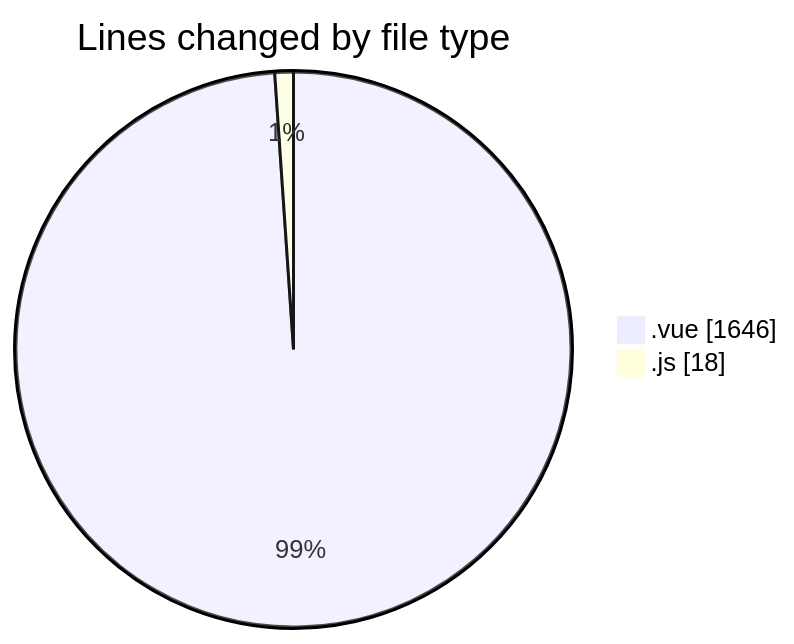
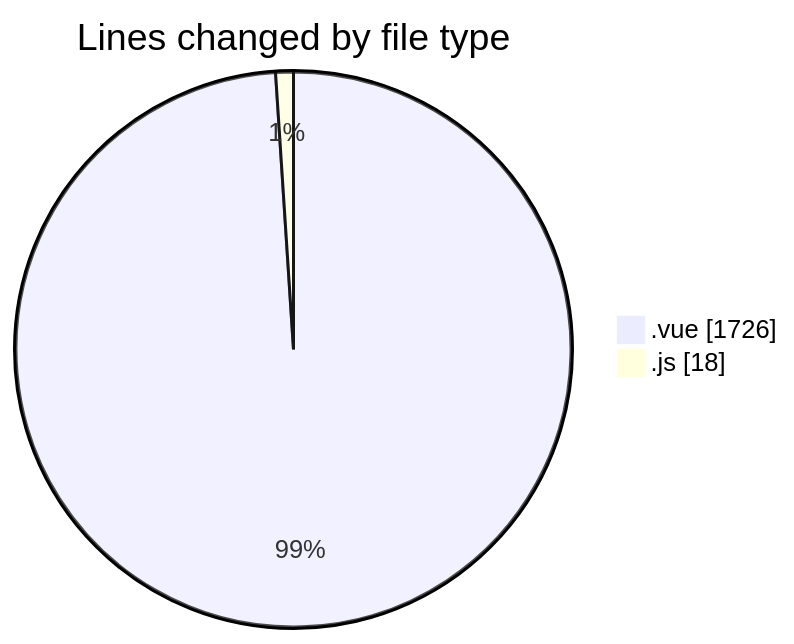
Before and after one commit to lephambinh05/code-tracking: the first of 2 diagrams in 2025-08-13/rentotp/README.md, drawn with Mermaid. The commit also changed other lines of this file and 1 other file, not shown here.

````diff
--- a/2025-08-13/rentotp/README.md
+++ b/2025-08-13/rentotp/README.md
@@ -26,6 +26,6 @@
 ```mermaid
 pie showData
 title Lines changed by file type
-".vue" : 1646
+".vue" : 1726
 ".js" : 18
 ```
````
